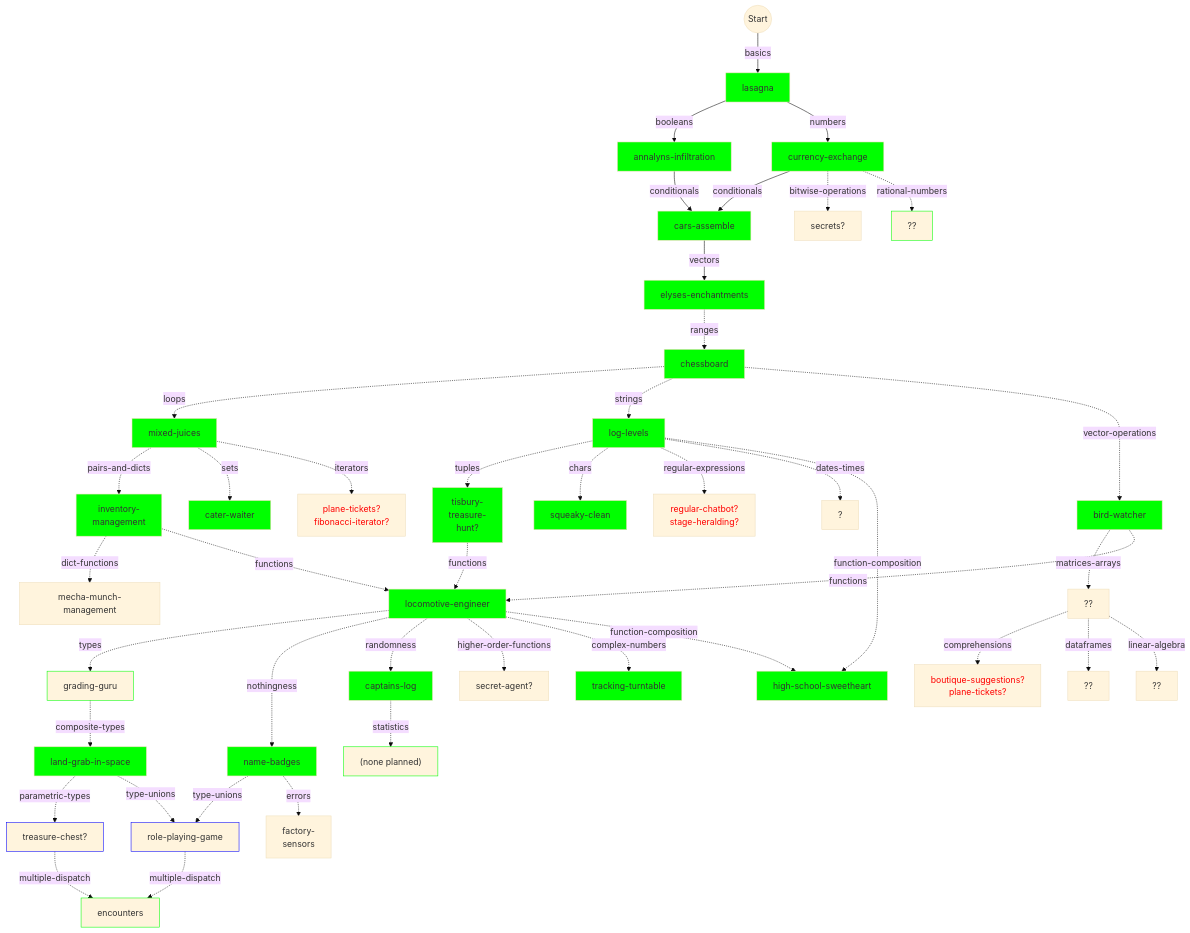
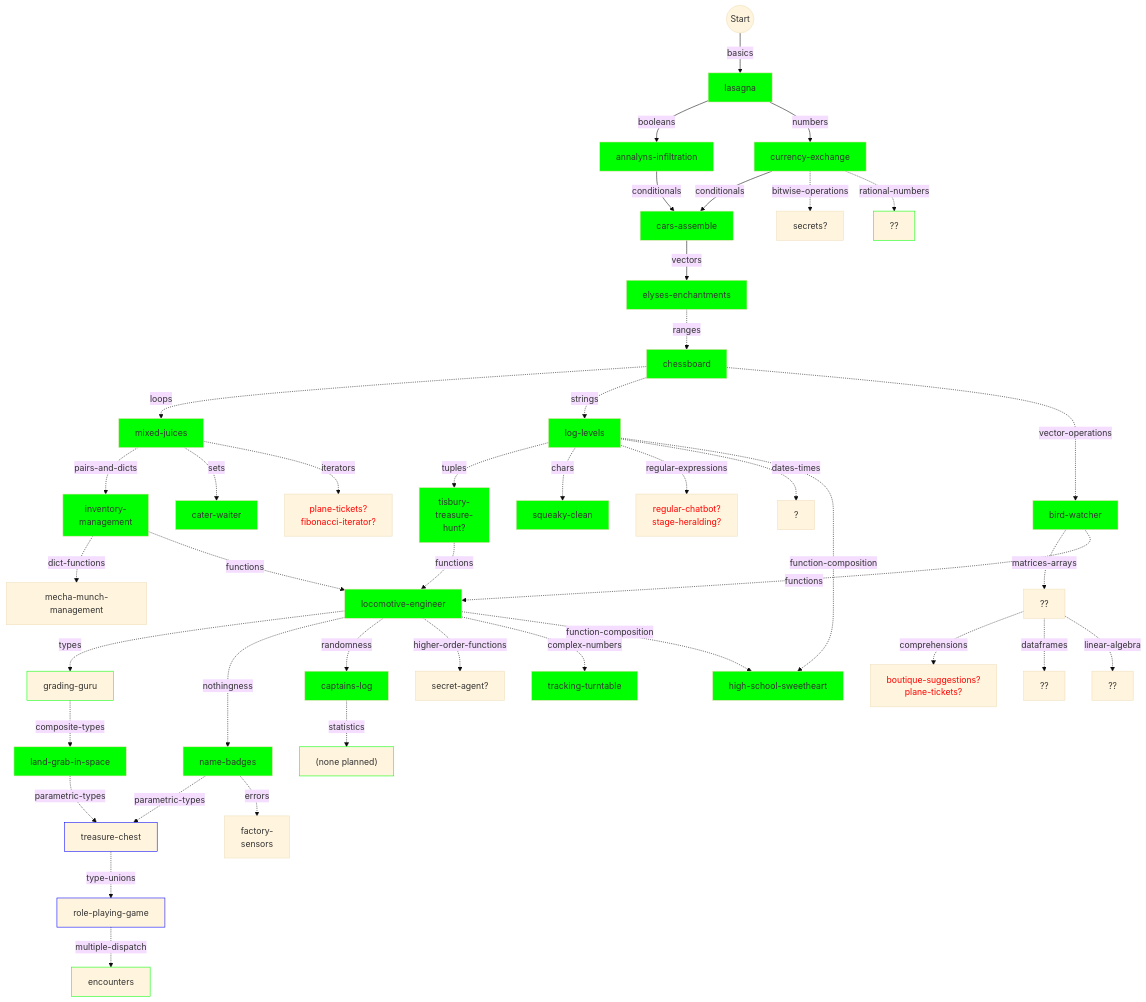
Before and after one commit to colinleach/learning-track-doodles: the diagram in julia/flowchart.md, drawn with Mermaid (base theme).

Commit message:
changed prereqs

```diff
--- a/julia/flowchart.md
+++ b/julia/flowchart.md
@@ -26,14 +26,15 @@
 types -.composite-types.-> composite-types["land-grab-in-space"]
 style composite-types  fill:#0f0
 
-composite-types -.parametric-types.-> parametric-types["treasure-chest?"]
+composite-types -.parametric-types.-> parametric-types["treasure-chest"]
 style parametric-types  stroke:#00f
 
-composite-types -.type-unions.-> type-unions["role-playing-game"]
+nothingness -.parametric-types.-> parametric-types["treasure-chest"]
+style parametric-types  stroke:#00f
+
+parametric-types -.type-unions.-> type-unions["role-playing-game"]
 style type-unions stroke:#00f
 
-nothingness -.type-unions.-> type-unions["role-playing-game"]
-%% style type-unions fill:#0f0
 
 booleans --conditionals--> conditionals["cars-assemble"]
 style conditionals fill:#0f0
@@ -117,9 +118,6 @@
 type-unions -.multiple-dispatch.-> multiple-dispatch["encounters"]
 style multiple-dispatch stroke:#0f0
 
-parametric-types -.multiple-dispatch.-> multiple-dispatch["encounters"]
-%% style multiple-dispatch color:#f00
-
 functions -.complex-numbers.-> complex-numbers["tracking-turntable"]
 style complex-numbers fill:#0f0
 
```
